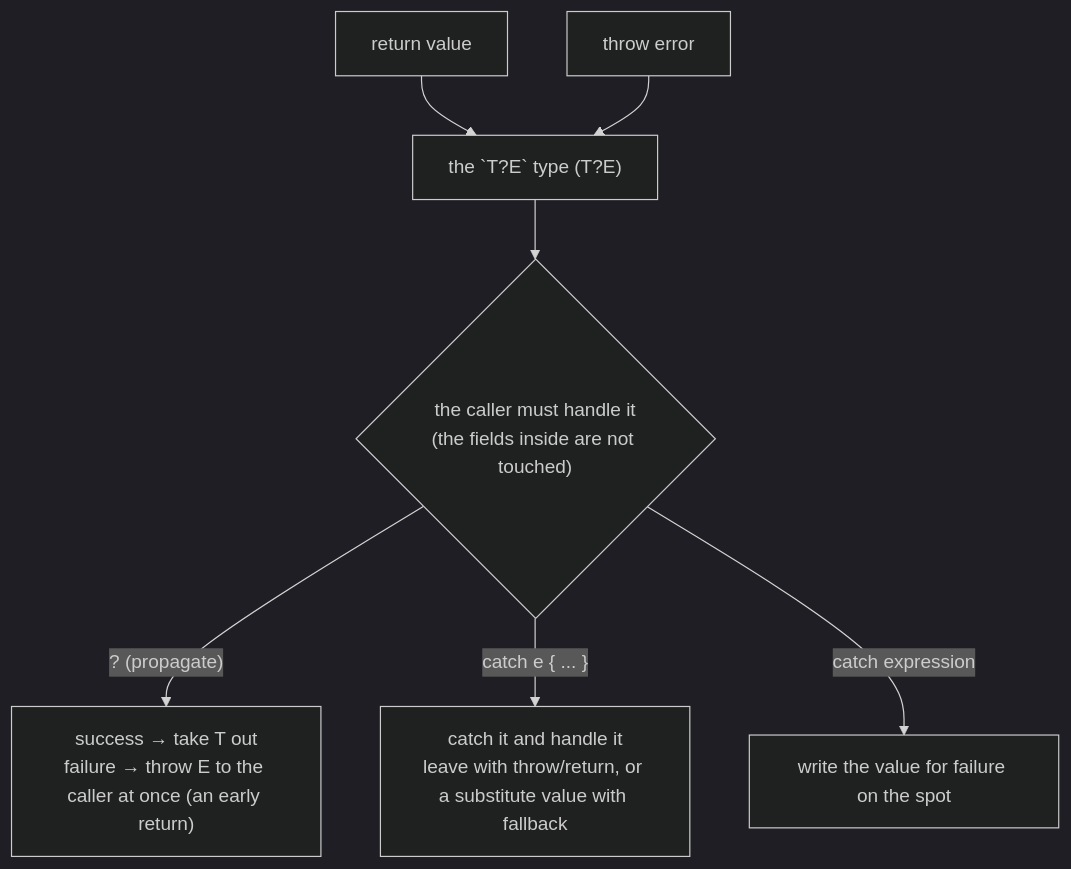
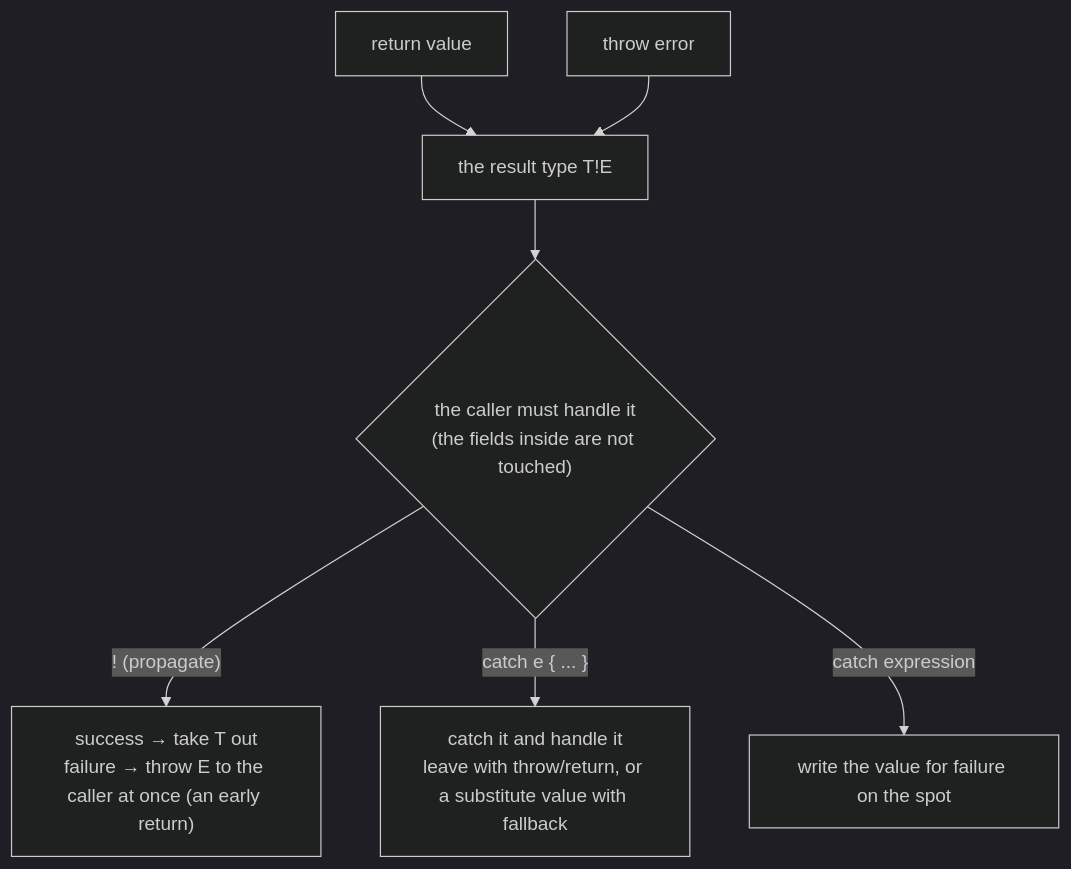
One commit to kansosystem-org/kspl-experimental changed the seventh of 10 diagrams in docs/SPEC-language.md. Above: the diagram before and after it, drawn with Mermaid (dark theme). The commit also changed other lines of this file and 381 other files, not shown here.

````diff
--- a/docs/SPEC-language.md
+++ b/docs/SPEC-language.md
@@ -2332,9 +2367,9 @@
 ```mermaid
 flowchart TD
-    RET["return value"] --> U["the `T?E` type (T?E)"]
+    RET["return value"] --> U["the result type T!E"]
     THROW["throw error"] --> U
     U --> H{"the caller must handle it<br/>(the fields inside are not touched)"}
-    H -->|"? (propagate)"| P["success → take T out<br/>failure → throw E to the caller at once (an early return)"]
+    H -->|"! (propagate)"| P["success → take T out<br/>failure → throw E to the caller at once (an early return)"]
     H -->|"catch e { ... }"| C["catch it and handle it<br/>leave with throw/return, or a substitute value with fallback"]
     H -->|"catch expression"| CE["write the value for failure on the spot"]
 ```
````
